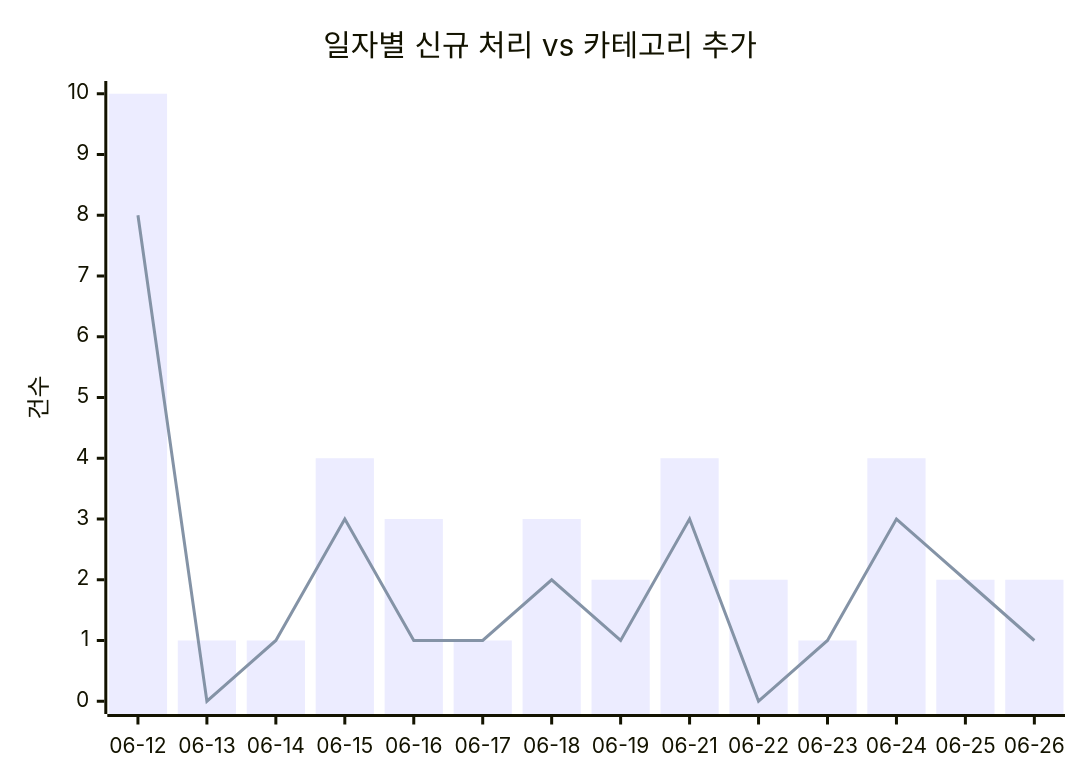
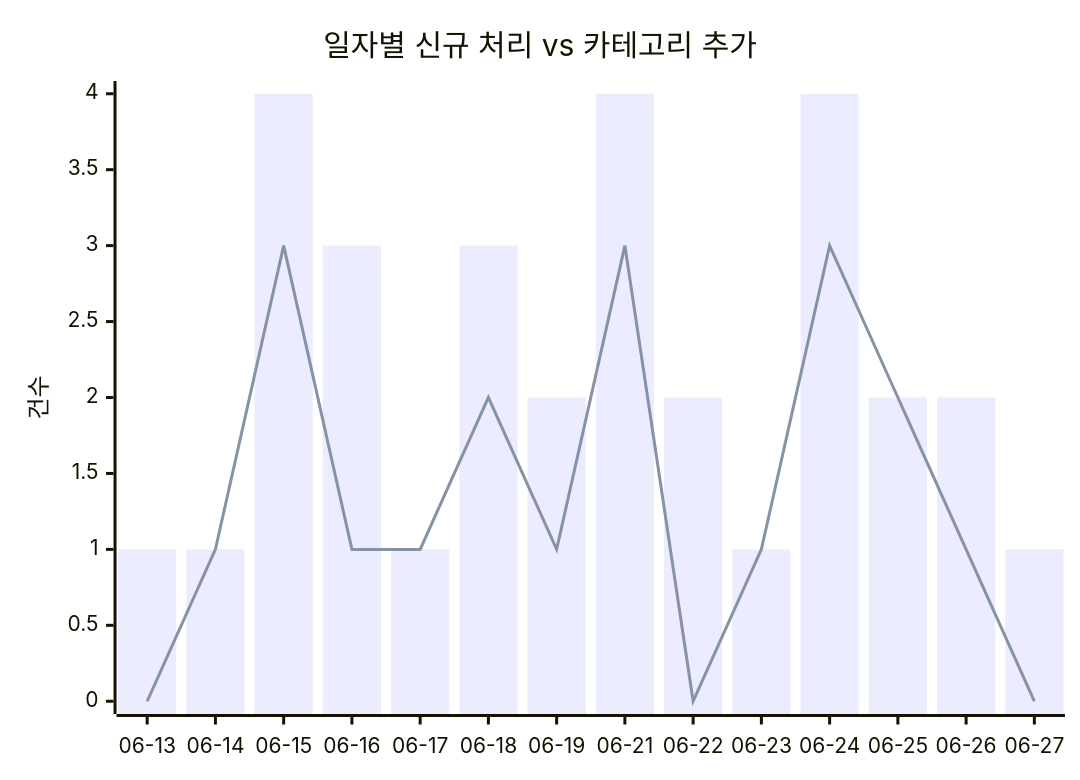
Before and after one commit to J-nowcow/awesome-korean-agent-skills: the first of 2 diagrams in docs/trends.md, drawn with Mermaid. The commit also changed other lines of this file and 2 other files, not shown here.

````diff
--- a/docs/trends.md
+++ b/docs/trends.md
@@ -32,8 +32,8 @@
 ```mermaid
 xychart-beta
     title "일자별 신규 처리 vs 카테고리 추가"
-    x-axis ["06-12","06-13","06-14","06-15","06-16","06-17","06-18","06-19","06-21","06-22","06-23","06-24","06-25","06-26"]
+    x-axis ["06-13","06-14","06-15","06-16","06-17","06-18","06-19","06-21","06-22","06-23","06-24","06-25","06-26","06-27"]
     y-axis "건수"
-    bar [10,1,1,4,3,1,3,2,4,2,1,4,2,2]
-    line [8,0,1,3,1,1,2,1,3,0,1,3,2,1]
+    bar [1,1,4,3,1,3,2,4,2,1,4,2,2,1]
+    line [0,1,3,1,1,2,1,3,0,1,3,2,1,0]
 ```
````
